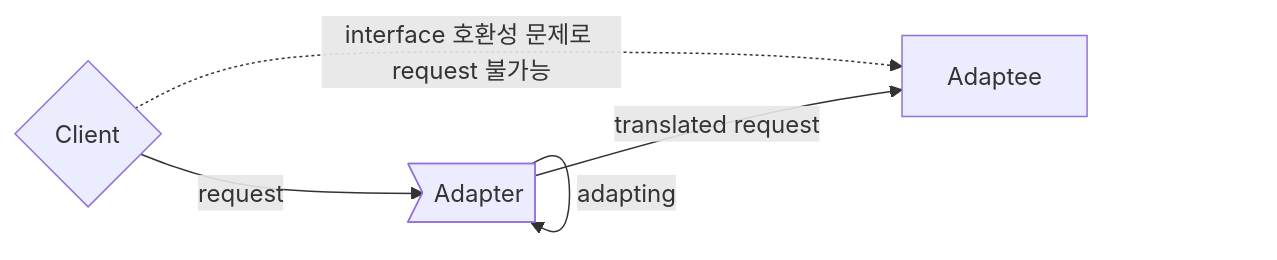
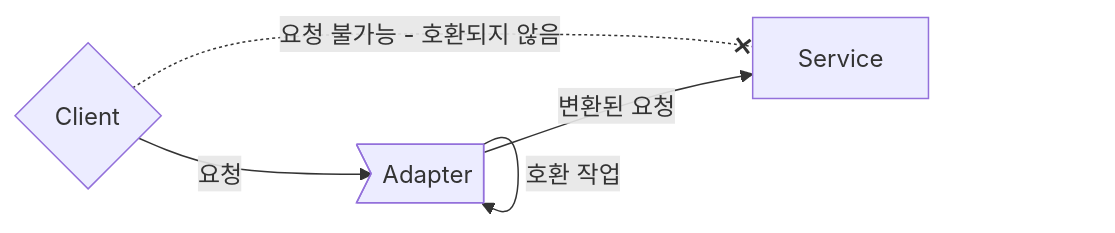
One commit to choesimin/choesimin.github.io changed the first of 3 diagrams in _drafts/adapter-pattern.md. Above: the diagram before and after it, drawn with Mermaid. The commit also changed other lines of this file, not shown here.

````diff
--- a/_drafts/adapter-pattern.md
+++ b/_drafts/adapter-pattern.md
@@ -14,13 +14,13 @@
 ```mermaid
 flowchart LR
 
 client{Client}
 adapter>Adapter]
-adaptee[Adaptee]
+service[Service]
 
-client -.->|interface 호환성 문제로 request 불가능| adaptee
+client -.-x|요청 불가능 - 호환되지 않음| service
 
-client -->|request| adapter
-adapter -->|adapting| adapter
-adapter -->|translated request| adaptee
+client -->|요청| adapter
+adapter -->|호환 작업| adapter
+adapter -->|변환된 요청| service
 ```
````
